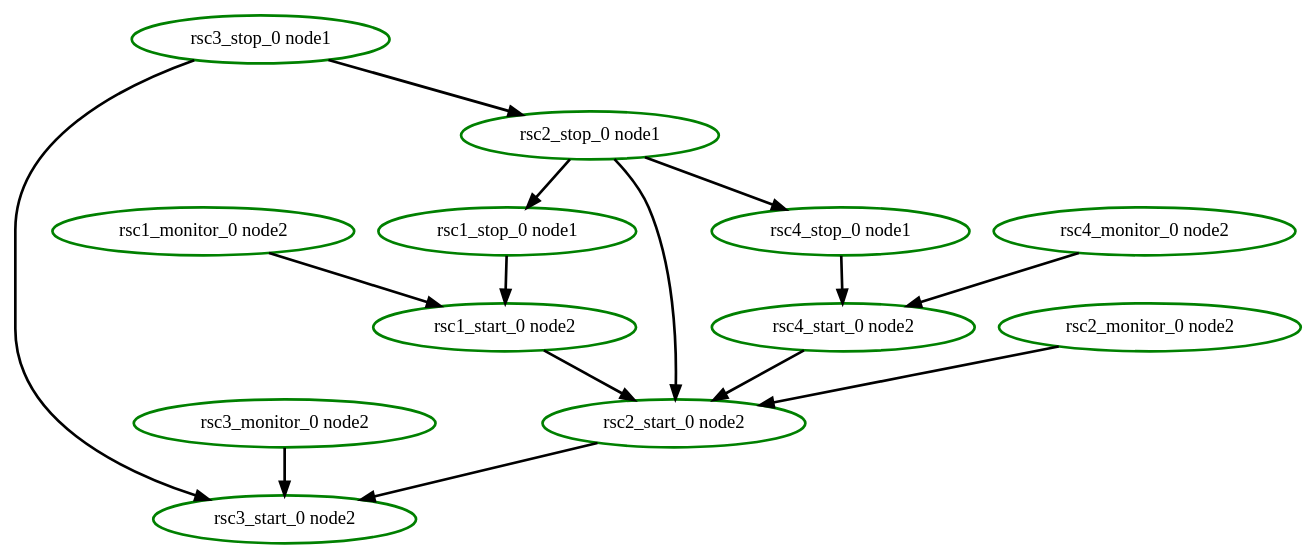
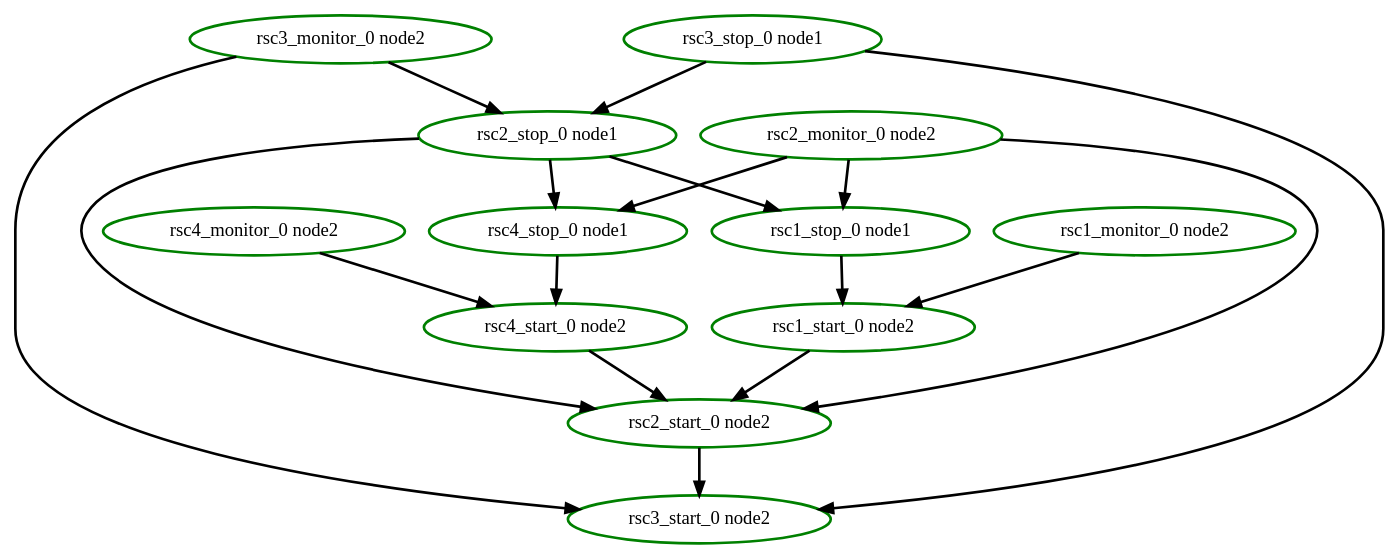
One commit to ClusterLabs/pacemaker changed the diagram in pengine/test10/order3.dot. Above: the diagram before and after it, drawn with Graphviz. The commit also changed 82 other files, not shown here.

```diff
--- a/pengine/test10/order3.dot
+++ b/pengine/test10/order3.dot
@@ -1,28 +1,31 @@
  digraph "g" {
 "rsc1_monitor_0 node2" -> "rsc1_start_0 node2" [ style = bold]
 "rsc1_monitor_0 node2" [ style=bold color="green" fontcolor="black" ]
 "rsc1_start_0 node2" -> "rsc2_start_0 node2" [ style = bold]
 "rsc1_start_0 node2" [ style=bold color="green" fontcolor="black" ]
 "rsc1_stop_0 node1" -> "rsc1_start_0 node2" [ style = bold]
 "rsc1_stop_0 node1" [ style=bold color="green" fontcolor="black" ]
+"rsc2_monitor_0 node2" -> "rsc1_stop_0 node1" [ style = bold]
 "rsc2_monitor_0 node2" -> "rsc2_start_0 node2" [ style = bold]
+"rsc2_monitor_0 node2" -> "rsc4_stop_0 node1" [ style = bold]
 "rsc2_monitor_0 node2" [ style=bold color="green" fontcolor="black" ]
 "rsc2_start_0 node2" -> "rsc3_start_0 node2" [ style = bold]
 "rsc2_start_0 node2" [ style=bold color="green" fontcolor="black" ]
 "rsc2_stop_0 node1" -> "rsc1_stop_0 node1" [ style = bold]
 "rsc2_stop_0 node1" -> "rsc2_start_0 node2" [ style = bold]
 "rsc2_stop_0 node1" -> "rsc4_stop_0 node1" [ style = bold]
 "rsc2_stop_0 node1" [ style=bold color="green" fontcolor="black" ]
+"rsc3_monitor_0 node2" -> "rsc2_stop_0 node1" [ style = bold]
 "rsc3_monitor_0 node2" -> "rsc3_start_0 node2" [ style = bold]
 "rsc3_monitor_0 node2" [ style=bold color="green" fontcolor="black" ]
 "rsc3_start_0 node2" [ style=bold color="green" fontcolor="black" ]
 "rsc3_stop_0 node1" -> "rsc2_stop_0 node1" [ style = bold]
 "rsc3_stop_0 node1" -> "rsc3_start_0 node2" [ style = bold]
 "rsc3_stop_0 node1" [ style=bold color="green" fontcolor="black" ]
 "rsc4_monitor_0 node2" -> "rsc4_start_0 node2" [ style = bold]
 "rsc4_monitor_0 node2" [ style=bold color="green" fontcolor="black" ]
 "rsc4_start_0 node2" -> "rsc2_start_0 node2" [ style = bold]
 "rsc4_start_0 node2" [ style=bold color="green" fontcolor="black" ]
 "rsc4_stop_0 node1" -> "rsc4_start_0 node2" [ style = bold]
 "rsc4_stop_0 node1" [ style=bold color="green" fontcolor="black" ]
 }
```
